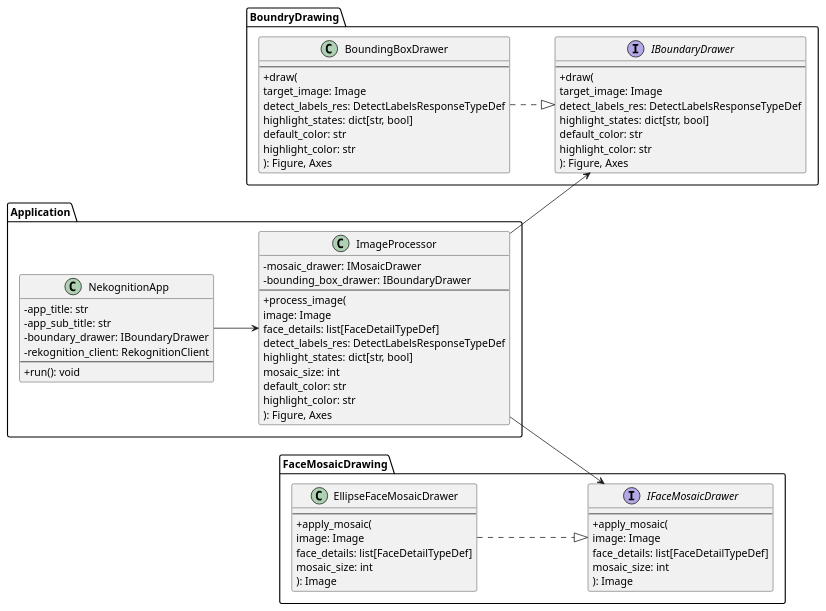
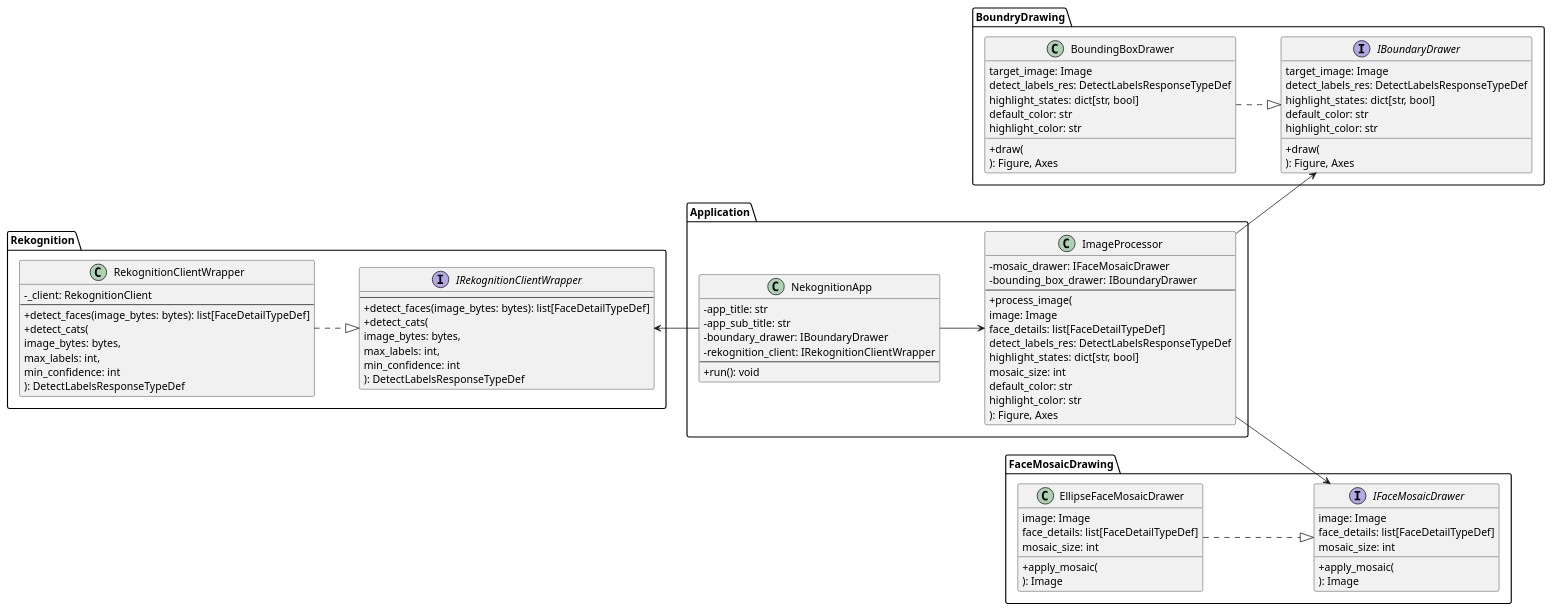
One commit to hogesuke-hogeda/nekognition changed the diagram in doc/class_diagram.pu. Above: the diagram before and after it, drawn with PlantUML. The commit also changed 6 other files, not shown here.

```diff
--- a/doc/class_diagram.pu
+++ b/doc/class_diagram.pu
@@ -1,80 +1,104 @@
 @startuml NekognitionDiagram
 skinparam classAttributeIconSize 0
 left to right direction
 
 package "Application" {
   class NekognitionApp {
     - app_title: str
     - app_sub_title: str
     - boundary_drawer: IBoundaryDrawer
-    - rekognition_client: RekognitionClient
+    - rekognition_client: IRekognitionClientWrapper
     --
     + run(): void
   }
 
   class ImageProcessor {
-    - mosaic_drawer: IMosaicDrawer
+    - mosaic_drawer: IFaceMosaicDrawer
     - bounding_box_drawer: IBoundaryDrawer
     --
     + process_image(
       image: Image
       face_details: list[FaceDetailTypeDef]
       detect_labels_res: DetectLabelsResponseTypeDef
       highlight_states: dict[str, bool]
       mosaic_size: int
       default_color: str
       highlight_color: str
     ): Figure, Axes
   }
 }
 
 package "BoundryDrawing" {
   interface IBoundaryDrawer {
-    --
     + draw(
       target_image: Image
       detect_labels_res: DetectLabelsResponseTypeDef
       highlight_states: dict[str, bool]
       default_color: str
       highlight_color: str
     ): Figure, Axes
   }
 
   class BoundingBoxDrawer {
-    --
     + draw(
       target_image: Image
       detect_labels_res: DetectLabelsResponseTypeDef
       highlight_states: dict[str, bool]
       default_color: str
       highlight_color: str
     ): Figure, Axes
   }
 }
 
 package "FaceMosaicDrawing" {
   interface IFaceMosaicDrawer {
-    --
     + apply_mosaic(
       image: Image
       face_details: list[FaceDetailTypeDef]
       mosaic_size: int
     ): Image
   }
 
   class EllipseFaceMosaicDrawer {
-    --
     + apply_mosaic(
       image: Image
       face_details: list[FaceDetailTypeDef]
       mosaic_size: int
     ): Image
   }
 }
 
+package "Rekognition" {
+
+  interface IRekognitionClientWrapper {
+    --
+    + detect_faces(image_bytes: bytes): list[FaceDetailTypeDef]
+    + detect_cats(
+      image_bytes: bytes,
+      max_labels: int,
+      min_confidence: int
+    ): DetectLabelsResponseTypeDef
+  }
+
+  class RekognitionClientWrapper {
+    - _client: RekognitionClient
+    --
+    + detect_faces(image_bytes: bytes): list[FaceDetailTypeDef]
+    + detect_cats(
+      image_bytes: bytes,
+      max_labels: int,
+      min_confidence: int
+    ): DetectLabelsResponseTypeDef
+  }
+
+}
+
+
 NekognitionApp --> ImageProcessor
+NekognitionApp -u-> IRekognitionClientWrapper
+RekognitionClientWrapper ..|> IRekognitionClientWrapper
 ImageProcessor --> IFaceMosaicDrawer
 ImageProcessor --> IBoundaryDrawer
 BoundingBoxDrawer ..|> IBoundaryDrawer
 EllipseFaceMosaicDrawer ..|> IFaceMosaicDrawer
 @enduml
```
